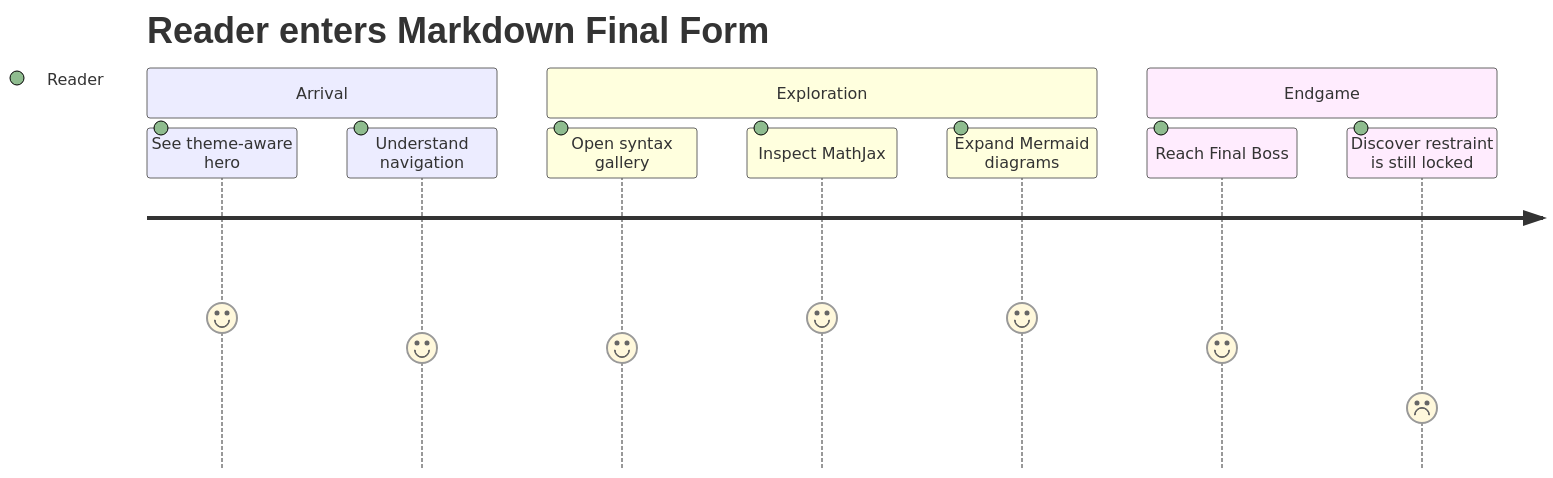
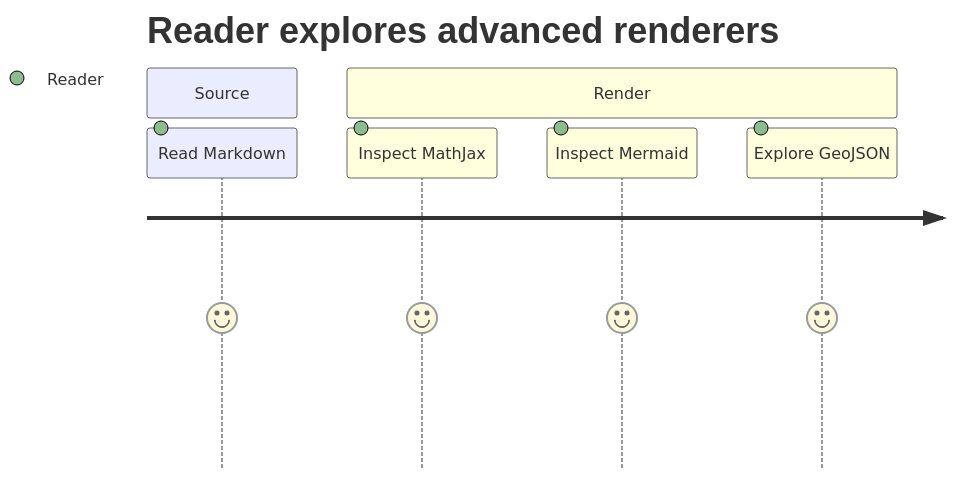
One commit to thiepn/markdown changed the seventh of 16 diagrams in README.md. Above: the diagram before and after it, drawn with Mermaid. The commit also changed other lines of this file, not shown here.

Commit message:
M10: build interactive GeoJSON showcase

````diff
--- a/README.md
+++ b/README.md
@@ -1013,14 +822,10 @@
 ```mermaid
 journey
-    title Reader enters Markdown Final Form
-    section Arrival
-      See theme-aware hero: 5: Reader
-      Understand navigation: 4: Reader
-    section Exploration
-      Open syntax gallery: 4: Reader
+    title Reader explores advanced renderers
+    section Source
+      Read Markdown: 5: Reader
+    section Render
       Inspect MathJax: 5: Reader
-      Expand Mermaid diagrams: 5: Reader
-    section Endgame
-      Reach Final Boss: 4: Reader
-      Discover restraint is still locked: 2: Reader
+      Inspect Mermaid: 5: Reader
+      Explore GeoJSON: 5: Reader
 ```
````
